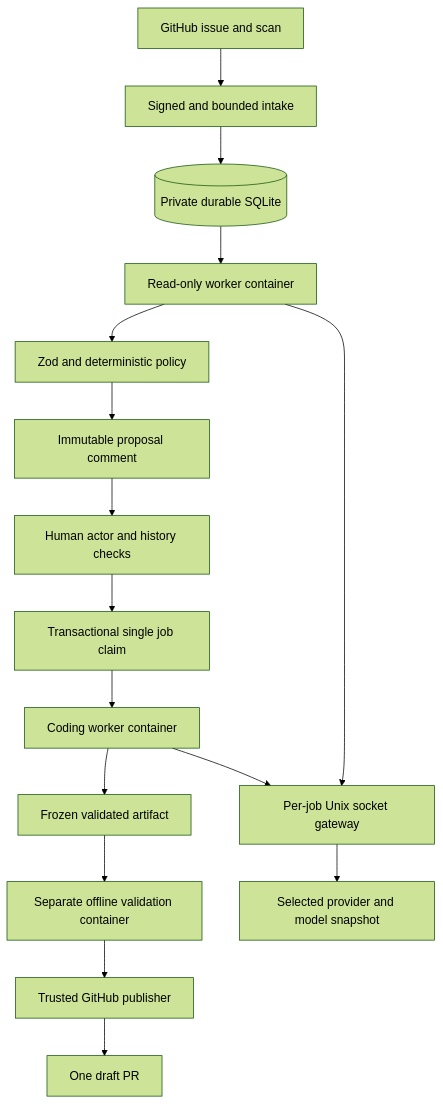
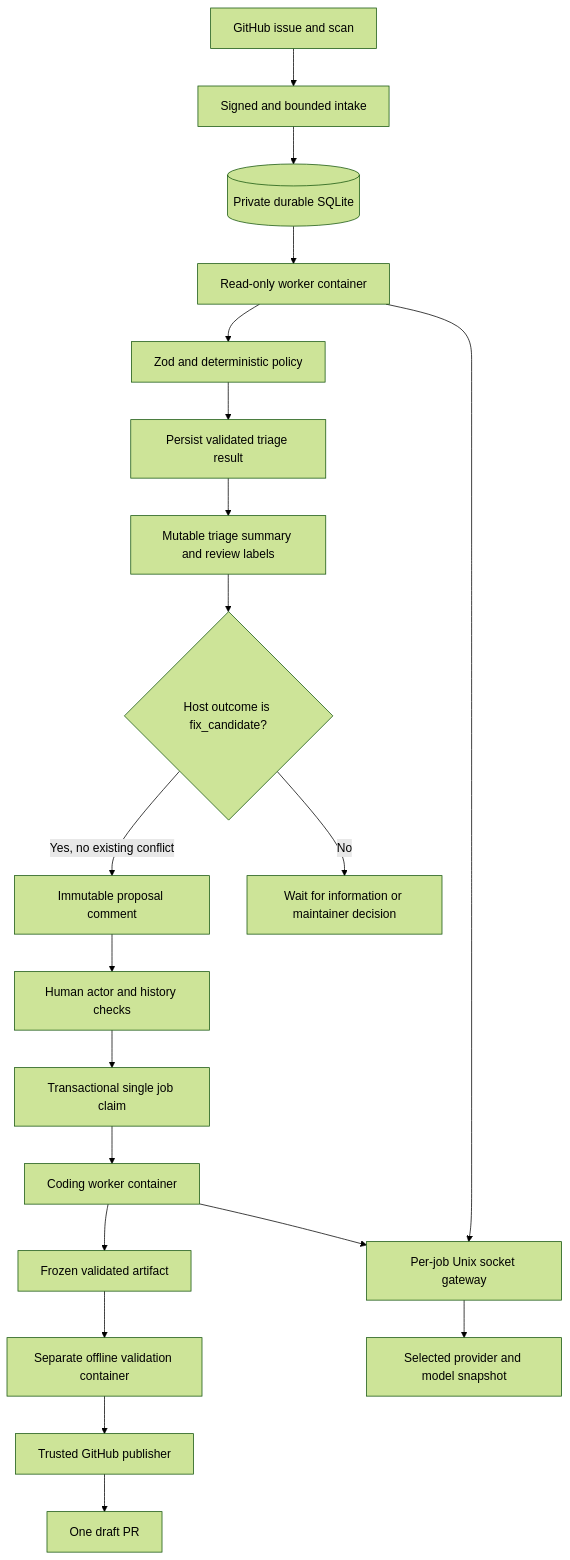
Before and after one commit to narumiruna/reina: the diagram in docs/architecture.md, drawn with Mermaid (forest theme). The commit also changed other lines of this file and 29 other files, not shown here.

First line of the commit message:
feat: add durable issue triage and reviewed-state labels

````diff
--- a/docs/architecture.md
+++ b/docs/architecture.md
@@ -85,18 +85,22 @@
 ```mermaid
 flowchart TD
   GitHub[GitHub issue and scan] --> Intake[Signed and bounded intake]
   Intake --> State[(Private durable SQLite)]
   State --> Triage[Read-only worker container]
   Triage --> Policy[Zod and deterministic policy]
-  Policy --> Proposal[Immutable proposal comment]
+  Policy --> Review[Persist validated triage result]
+  Review --> Summary[Mutable triage summary and review labels]
+  Summary --> Candidate{Host outcome is fix_candidate?}
+  Candidate -->|Yes, no existing conflict| Proposal[Immutable proposal comment]
+  Candidate -->|No| Wait[Wait for information or maintainer decision]
   Proposal --> Approval[Human actor and history checks]
   Approval --> Claim[Transactional single job claim]
   Claim --> Coding[Coding worker container]
   Coding --> Frozen[Frozen validated artifact]
   Frozen --> Checks[Separate offline validation container]
   Checks --> Publish[Trusted GitHub publisher]
   Publish --> Draft[One draft PR]
   Triage --> Socket[Per-job Unix socket gateway]
   Coding --> Socket
   Socket --> Provider[Selected provider and model snapshot]
 ```
````
